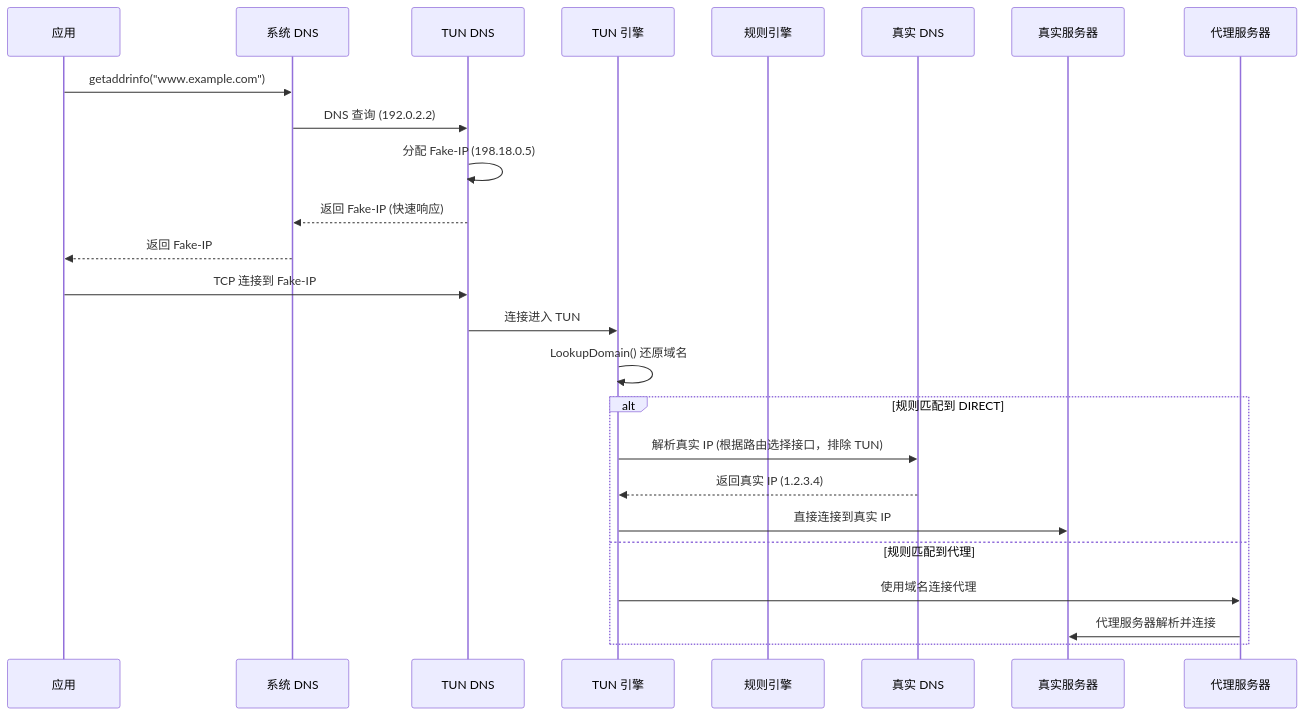
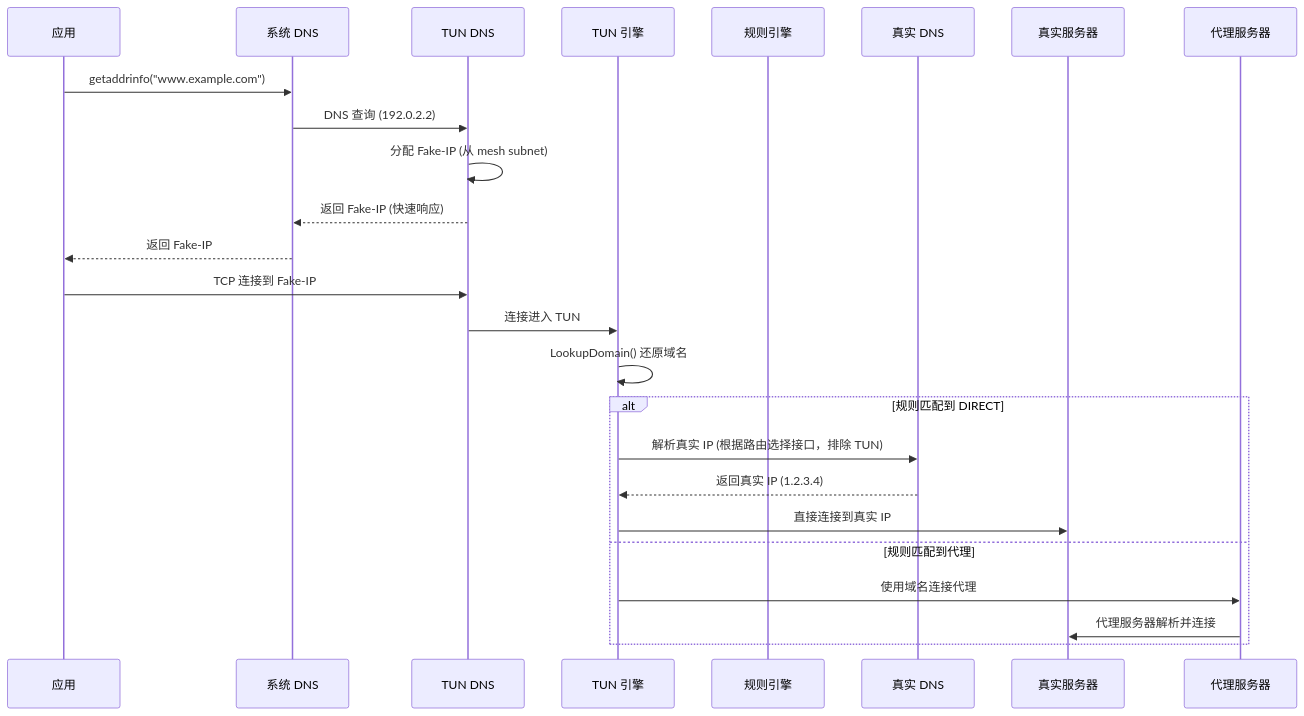
Before and after one commit to whipfeng/phaethon: the diagram in docs/plans/tun_dns_sync_resolve_design.md, drawn with Mermaid. The commit also changed other lines of this file and 24 other files, not shown here.

````diff
--- a/docs/plans/tun_dns_sync_resolve_design.md
+++ b/docs/plans/tun_dns_sync_resolve_design.md
@@ -40,30 +40,30 @@
 ```mermaid
 sequenceDiagram
     participant App as 应用
     participant SysDNS as 系统 DNS
     participant TUNDNS as TUN DNS
     participant Engine as TUN 引擎
     participant RuleEngine as 规则引擎
     participant RealDNS as 真实 DNS
     participant Server as 真实服务器
     participant Proxy as 代理服务器
 
     App->>SysDNS: getaddrinfo("www.example.com")
     SysDNS->>TUNDNS: DNS 查询 (192.0.2.2)
-    TUNDNS->>TUNDNS: 分配 Fake-IP (198.18.0.5)
+    TUNDNS->>TUNDNS: 分配 Fake-IP (从 mesh subnet)
     TUNDNS-->>SysDNS: 返回 Fake-IP (快速响应)
     SysDNS-->>App: 返回 Fake-IP
     
     App->>TUNDNS: TCP 连接到 Fake-IP
     TUNDNS->>Engine: 连接进入 TUN
     Engine->>Engine: LookupDomain() 还原域名
     
     alt 规则匹配到 DIRECT
         Engine->>RealDNS: 解析真实 IP (根据路由选择接口，排除 TUN)
         RealDNS-->>Engine: 返回真实 IP (1.2.3.4)
         Engine->>Server: 直接连接到真实 IP
     else 规则匹配到代理
         Engine->>Proxy: 使用域名连接代理
         Proxy->>Server: 代理服务器解析并连接
     end
 ```
````
